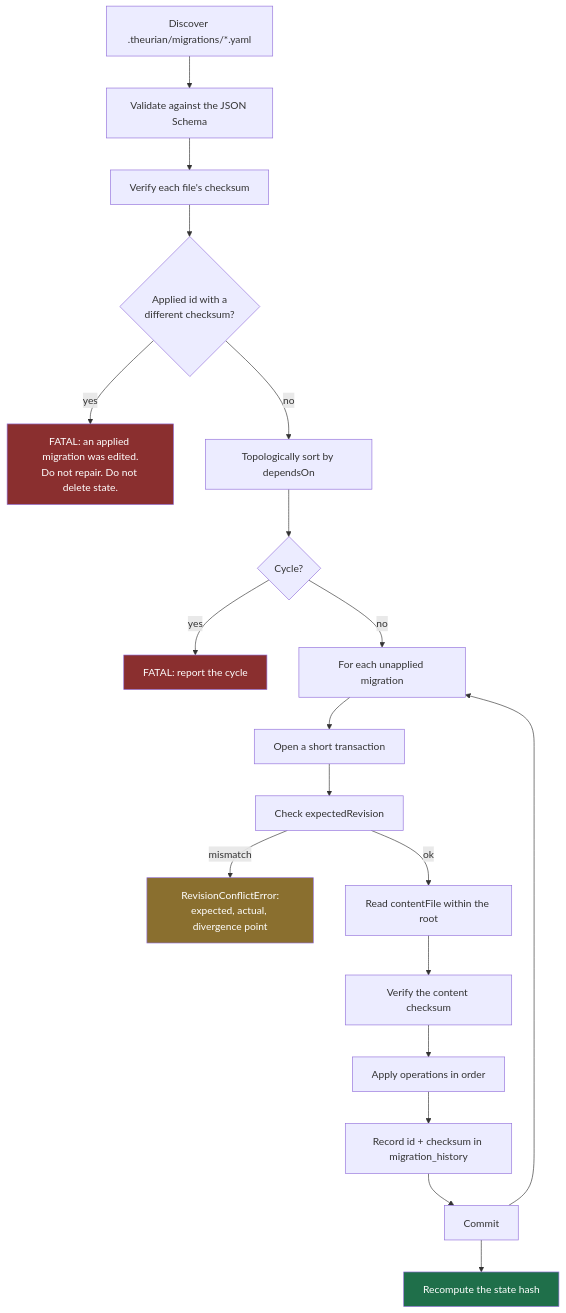
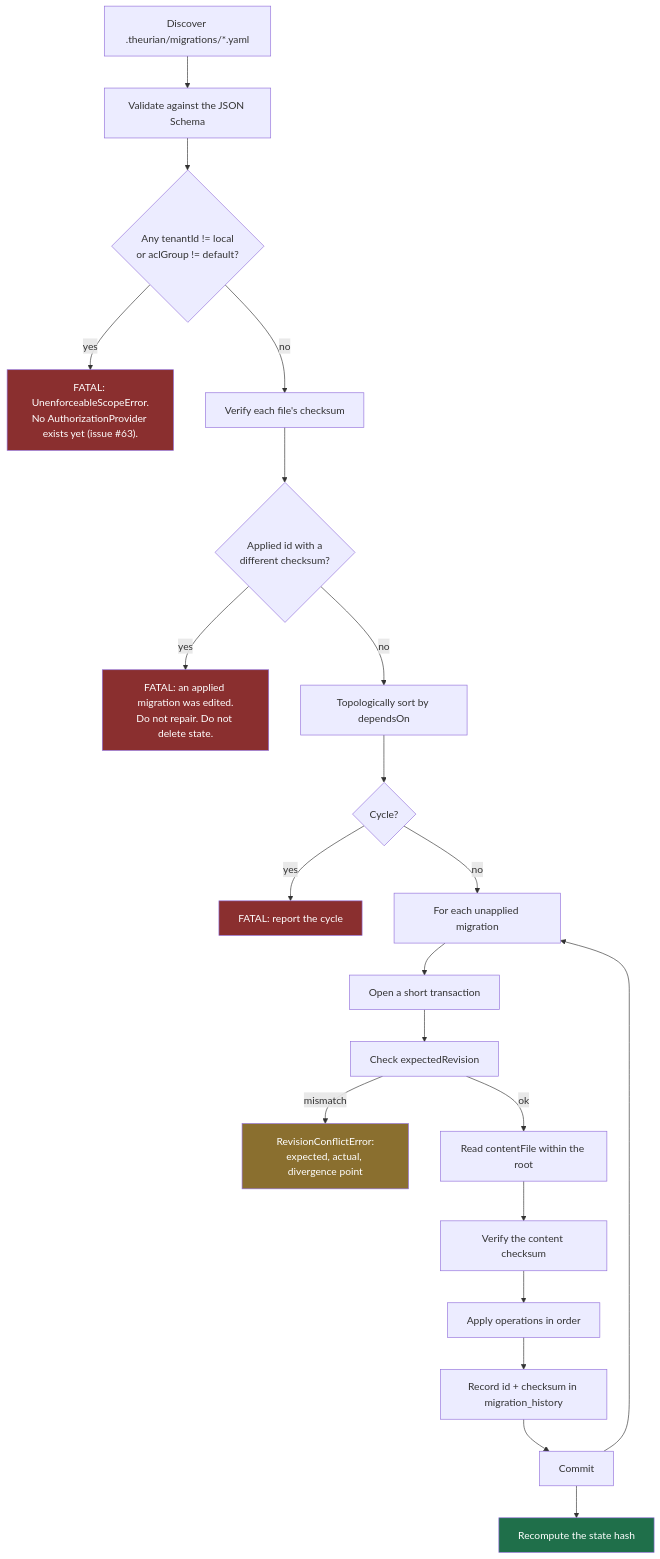
Before and after one commit to theurian/theurian: the diagram in docs/protocol/migrations.md, drawn with Mermaid. The commit also changed other lines of this file, not shown here.

First line of the commit message:
docs(protocol): document the tenant/ACL refusal (#63)

````diff
--- a/docs/protocol/migrations.md
+++ b/docs/protocol/migrations.md
@@ -149,26 +171,29 @@
 ```mermaid
 flowchart TD
     A["Discover .theurian/migrations/*.yaml"] --> B["Validate against the JSON Schema"]
-    B --> C["Verify each file's checksum"]
+    B --> S{"Any tenantId != local<br/>or aclGroup != default?"}
+    S -->|yes| T["FATAL: UnenforceableScopeError.<br/>No AuthorizationProvider exists yet (issue #63)."]
+    S -->|no| C["Verify each file's checksum"]
     C --> D{"Applied id with a<br/>different checksum?"}
     D -->|yes| E["FATAL: an applied migration was edited.<br/>Do not repair. Do not delete state."]
     D -->|no| F["Topologically sort by dependsOn"]
     F --> G{"Cycle?"}
     G -->|yes| H["FATAL: report the cycle"]
     G -->|no| I["For each unapplied migration"]
     I --> J["Open a short transaction"]
     J --> K["Check expectedRevision"]
     K -->|mismatch| L["RevisionConflictError:<br/>expected, actual, divergence point"]
     K -->|ok| M["Read contentFile within the root"]
     M --> N["Verify the content checksum"]
     N --> O["Apply operations in order"]
     O --> P["Record id + checksum in migration_history"]
     P --> Q["Commit"]
     Q --> I
     Q --> R["Recompute the state hash"]
 
     style E fill:#8a2f2f,color:#fff
     style H fill:#8a2f2f,color:#fff
+    style T fill:#8a2f2f,color:#fff
     style L fill:#8a6f2f,color:#fff
     style R fill:#1f6f4a,color:#fff
 ```
````
